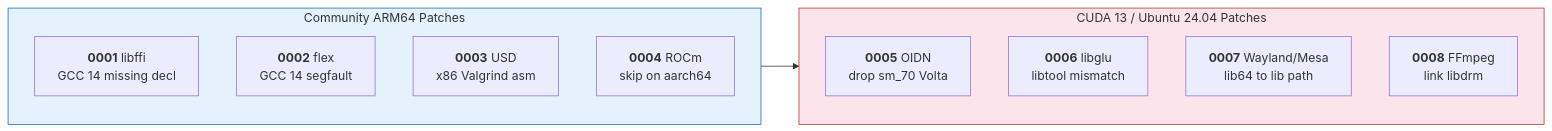
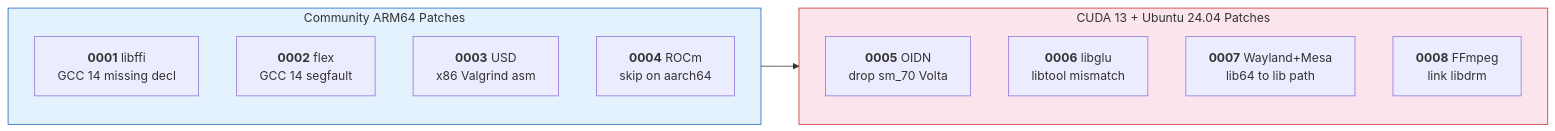
One commit to mvalancy/blender-nvidia-gb10 changed the second of 3 diagrams in README.md. Above: the diagram before and after it, drawn with Mermaid. The commit also changed other lines of this file, not shown here.

Commit message:
Fix mermaid: remove slashes from node labels

````diff
--- a/README.md
+++ b/README.md
@@ -87,21 +87,21 @@
 ```mermaid
 flowchart LR
     subgraph lfdevs["Community ARM64 Patches"]
         P1["`**0001** libffi<br>GCC 14 missing decl`"]
         P2["`**0002** flex<br>GCC 14 segfault`"]
         P3["`**0003** USD<br>x86 Valgrind asm`"]
         P4["`**0004** ROCm<br>skip on aarch64`"]
     end
 
-    subgraph gb10["CUDA 13 / Ubuntu 24.04 Patches"]
+    subgraph gb10["CUDA 13 + Ubuntu 24.04 Patches"]
         P5["`**0005** OIDN<br>drop sm_70 Volta`"]
         P6["`**0006** libglu<br>libtool mismatch`"]
-        P7["`**0007** Wayland/Mesa<br>lib64 to lib path`"]
+        P7["`**0007** Wayland+Mesa<br>lib64 to lib path`"]
         P8["`**0008** FFmpeg<br>link libdrm`"]
     end
 
     lfdevs --> gb10
 
     style lfdevs fill:#e3f2fd,stroke:#1565c0
     style gb10 fill:#fce4ec,stroke:#c62828
 ```
````
